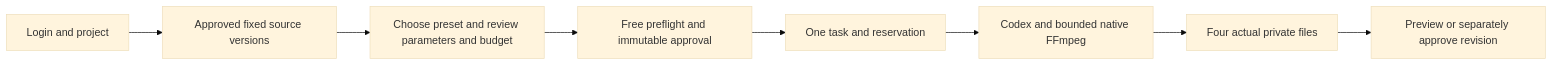
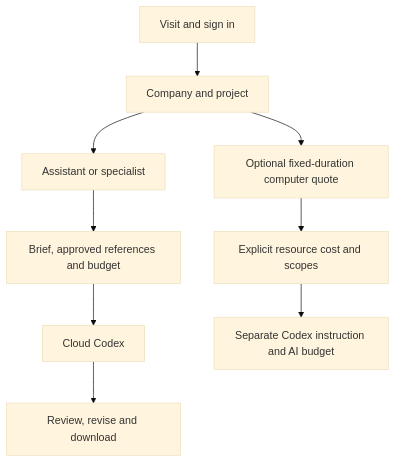
The diagram in README.en.md (copypasteltd/workmate), drawn with Mermaid (base theme) before and after one commit. The commit also changed other lines of this file and 32 other files, not shown here.

Commit message:
feat: add consented dedicated computer workspace

````diff
--- a/README.en.md
+++ b/README.en.md
@@ -635,10 +32,11 @@
 ```mermaid
-flowchart LR
-  A[Login and project] --> B[Approved fixed source versions]
-  B --> C[Choose preset and review parameters and budget]
-  C --> D[Free preflight and immutable approval]
-  D --> E[One task and reservation]
-  E --> F[Codex and bounded native FFmpeg]
-  F --> G[Four actual private files]
-  G --> H[Preview or separately approve revision]
+flowchart TD
+  Visit[Visit and sign in] --> Workspace[Company and project]
+  Workspace --> Role[Assistant or specialist]
+  Role --> Inputs[Brief, approved references and budget]
+  Inputs --> Cloud[Cloud Codex]
+  Cloud --> Review[Review, revise and download]
+  Workspace --> Quote[Optional fixed-duration computer quote]
+  Quote --> Consent[Explicit resource cost and scopes]
+  Consent --> AI[Separate Codex instruction and AI budget]
 ```
````
